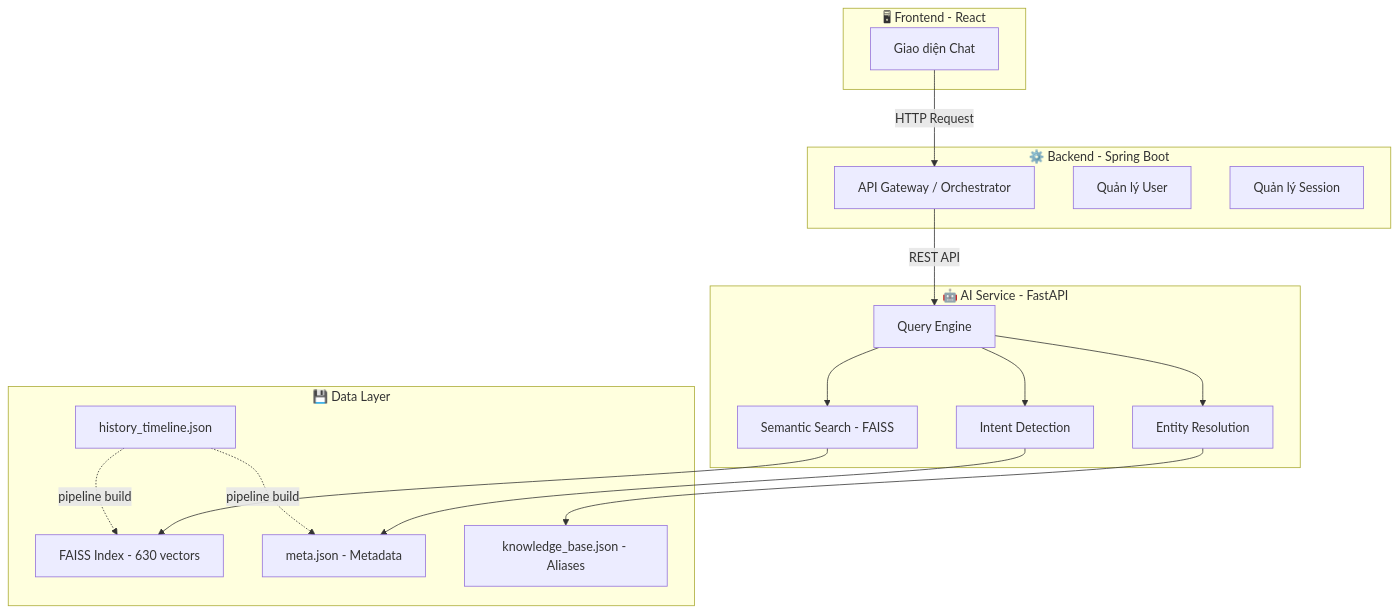
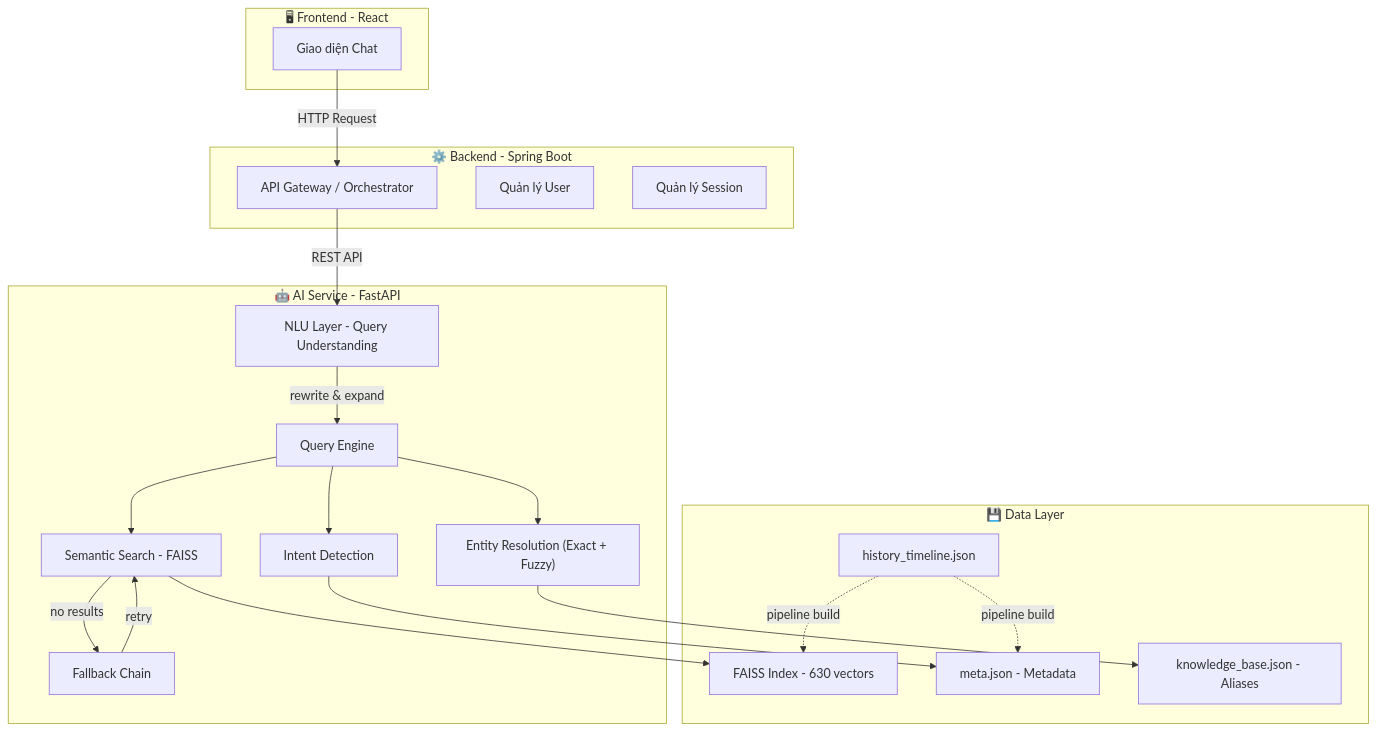
Before and after one commit to HistoryMindAI/vietnam_history_dataset: the first of 6 diagrams in README.md, drawn with Mermaid. The commit also changed other lines of this file and 8 other files, not shown here.

First line of the commit message:
feat: NLU improvements - query rewriting, fuzzy matching, accent restoration, fallback chain

````diff
--- a/README.md
+++ b/README.md
@@ -9,35 +9,40 @@
 ```mermaid
 graph TD
     subgraph "🖥 Frontend - React"
         A["Giao diện Chat"]
     end
 
     subgraph "⚙️ Backend - Spring Boot"
         B["API Gateway / Orchestrator"]
         B1["Quản lý User"]
         B2["Quản lý Session"]
     end
 
     subgraph "🤖 AI Service - FastAPI"
+        NLU["NLU Layer - Query Understanding"]
         C["Query Engine"]
         C1["Semantic Search - FAISS"]
-        C2["Entity Resolution"]
+        C2["Entity Resolution (Exact + Fuzzy)"]
         C3["Intent Detection"]
+        C4["Fallback Chain"]
     end
 
     subgraph "💾 Data Layer"
         D1["FAISS Index - 630 vectors"]
         D2["meta.json - Metadata"]
         D3["knowledge_base.json - Aliases"]
         D4["history_timeline.json"]
     end
 
     A -- "HTTP Request" --> B
-    B -- "REST API" --> C
+    B -- "REST API" --> NLU
+    NLU -- "rewrite & expand" --> C
     C --> C1 & C2 & C3
     C1 --> D1
     C2 --> D3
     C3 --> D2
+    C1 -- "no results" --> C4
+    C4 -- "retry" --> C1
     D4 -. "pipeline build" .-> D1
     D4 -. "pipeline build" .-> D2
 ```
````
